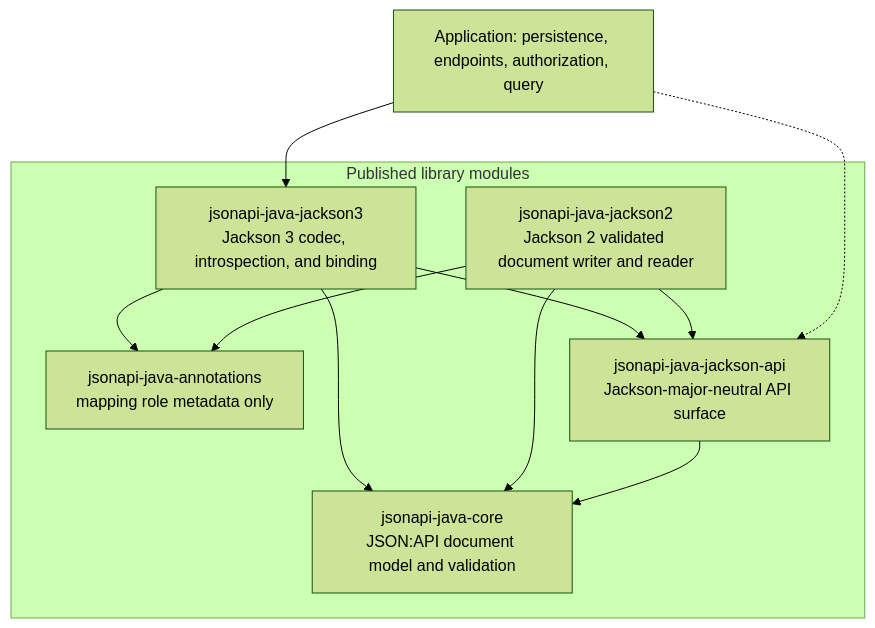
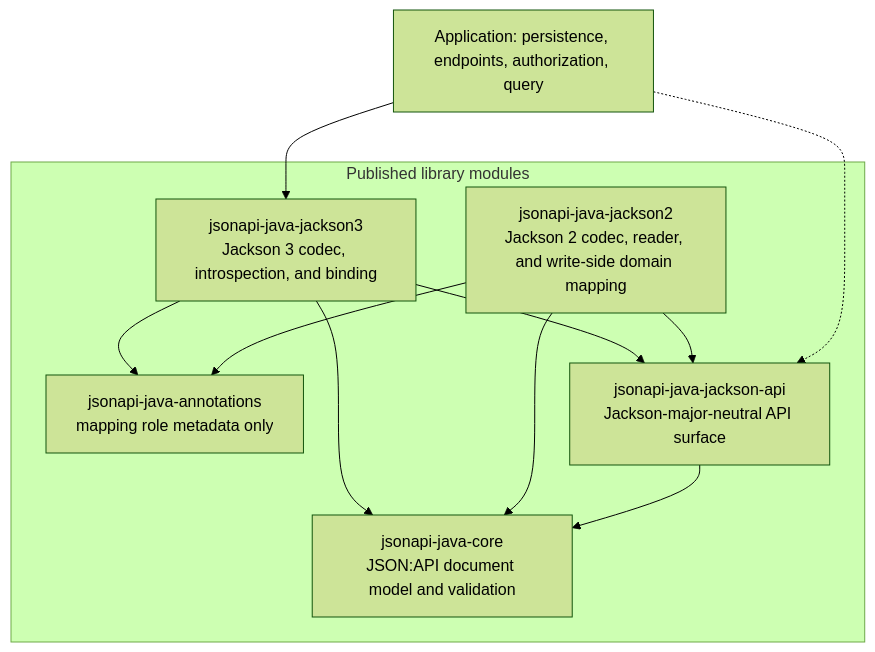
One commit to kazforge/jsonapi-java changed the first of 6 diagrams in docs/architecture.md. Above: the diagram before and after it, drawn with Mermaid (forest theme). The commit also changed other lines of this file and 53 other files, not shown here.

First line of the commit message:
feat(jackson2): add domain-to-resource resource mapper

````diff
--- a/docs/architecture.md
+++ b/docs/architecture.md
@@ -27,22 +28,22 @@
 ```mermaid
 flowchart TB
   subgraph published["Published library modules"]
     CORE["jsonapi-java-core<br/>JSON:API document model and validation"]
     ANN["jsonapi-java-annotations<br/>mapping role metadata only"]
     COMMON["jsonapi-java-jackson-api<br/>Jackson-major-neutral API surface"]
     J3["jsonapi-java-jackson3<br/>Jackson 3 codec, introspection, and binding"]
-    J2["jsonapi-java-jackson2<br/>Jackson 2 validated document writer and reader"]
+    J2["jsonapi-java-jackson2<br/>Jackson 2 codec, reader, and write-side domain mapping"]
   end
 
   APP["Application: persistence, endpoints, authorization, query"]
 
   J3 --> COMMON
   J3 --> CORE
   J3 --> ANN
   J2 --> COMMON
   J2 --> CORE
   J2 --> ANN
   COMMON --> CORE
   APP --> J3
   APP -.-> COMMON
 ```
````
